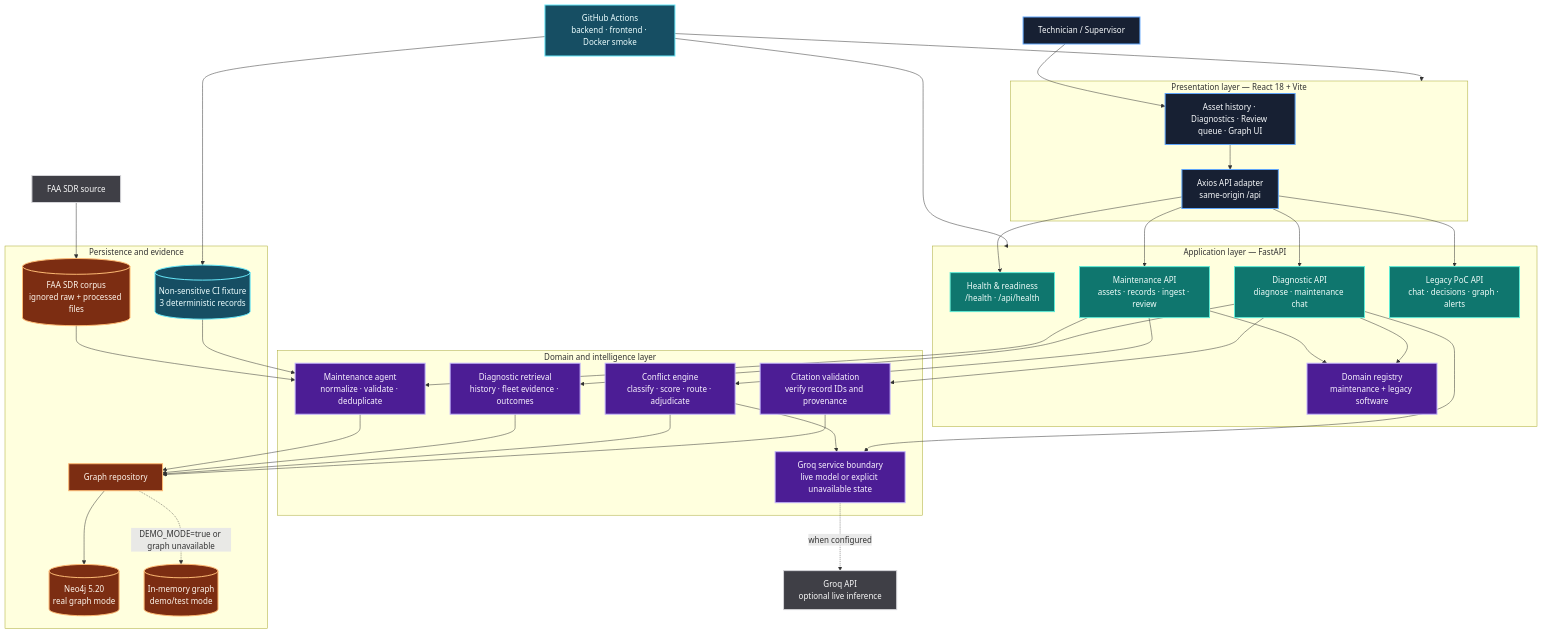
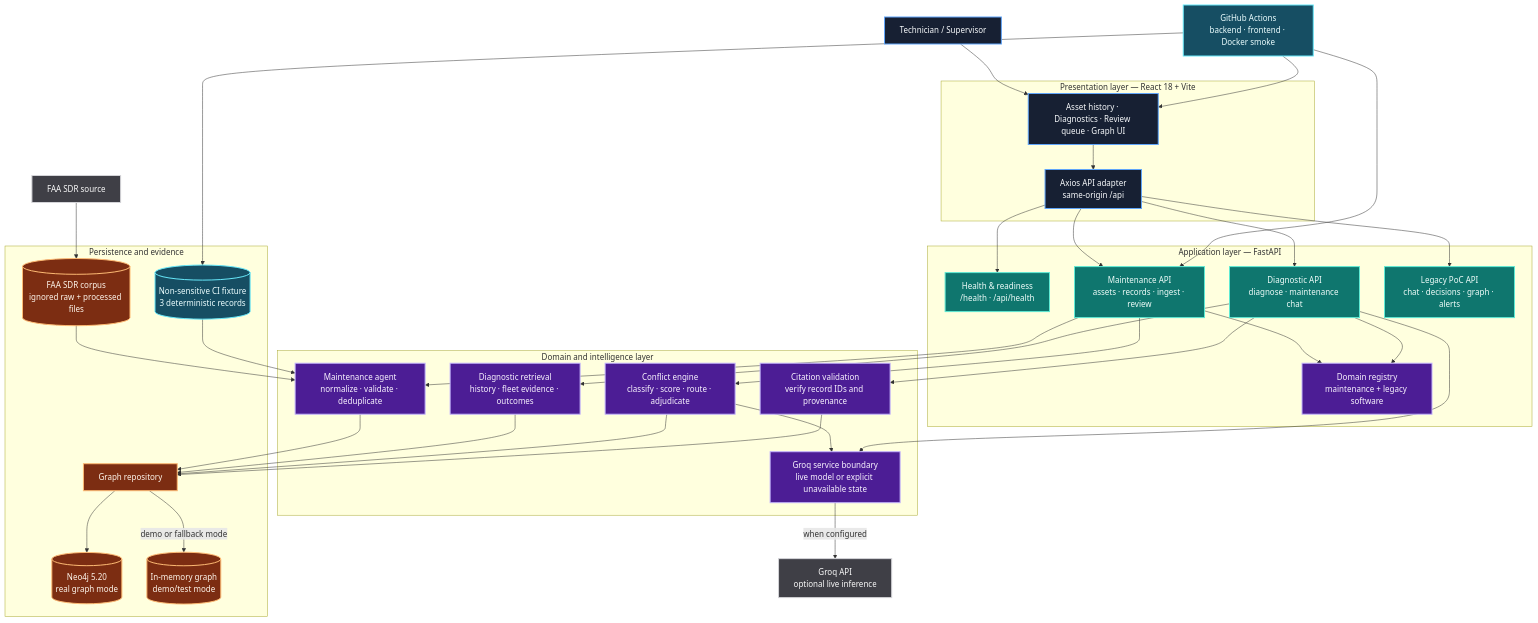
Before and after one commit to umaritics/halite: the first of 3 diagrams in README.md, drawn with Mermaid.

Commit message:
docs: fix GitHub Mermaid architecture rendering

````diff
--- a/README.md
+++ b/README.md
@@ -87,72 +87,72 @@
 ```mermaid
 flowchart TB
     classDef client fill:#172033,stroke:#60a5fa,color:#f8fafc,stroke-width:2px
     classDef api fill:#0f766e,stroke:#5eead4,color:#f0fdfa,stroke-width:2px
     classDef service fill:#4c1d95,stroke:#c4b5fd,color:#faf5ff,stroke-width:2px
     classDef data fill:#7c2d12,stroke:#fdba74,color:#fff7ed,stroke-width:2px
     classDef external fill:#3f3f46,stroke:#d4d4d8,color:#fafafa,stroke-width:2px
     classDef automation fill:#164e63,stroke:#67e8f9,color:#ecfeff,stroke-width:2px
 
     User["Technician / Supervisor"]:::client
 
     subgraph Presentation["Presentation layer — React 18 + Vite"]
         UI["Asset history · Diagnostics · Review queue · Graph UI"]:::client
         Client["Axios API adapter<br/>same-origin /api"]:::client
         UI --> Client
     end
 
     subgraph Application["Application layer — FastAPI"]
         Health["Health & readiness<br/>/health · /api/health"]:::api
         MaintAPI["Maintenance API<br/>assets · records · ingest · review"]:::api
         DiagAPI["Diagnostic API<br/>diagnose · maintenance chat"]:::api
         LegacyAPI["Legacy PoC API<br/>chat · decisions · graph · alerts"]:::api
         Registry["Domain registry<br/>maintenance + legacy software"]:::service
     end
 
     subgraph Intelligence["Domain and intelligence layer"]
         Agent["Maintenance agent<br/>normalize · validate · deduplicate"]:::service
         Retrieval["Diagnostic retrieval<br/>history · fleet evidence · outcomes"]:::service
         Conflict["Conflict engine<br/>classify · score · route · adjudicate"]:::service
         Citation["Citation validation<br/>verify record IDs and provenance"]:::service
         GroqBoundary["Groq service boundary<br/>live model or explicit unavailable state"]:::service
     end
 
     subgraph Persistence["Persistence and evidence"]
         Repo["Graph repository"]:::data
         Neo4j[("Neo4j 5.20<br/>real graph mode")]:::data
         Memory[("In-memory graph<br/>demo/test mode")]:::data
         Corpus[("FAA SDR corpus<br/>ignored raw + processed files")]:::data
         Fixture[("Non-sensitive CI fixture<br/>3 deterministic records")]:::automation
     end
 
     Groq["Groq API<br/>optional live inference"]:::external
     FAA["FAA SDR source"]:::external
     Actions["GitHub Actions<br/>backend · frontend · Docker smoke"]:::automation
 
     User --> UI
     Client --> Health
     Client --> MaintAPI
     Client --> DiagAPI
     Client --> LegacyAPI
     MaintAPI --> Registry
     DiagAPI --> Registry
     MaintAPI --> Agent
     MaintAPI --> Conflict
     DiagAPI --> Retrieval
     DiagAPI --> Citation
     Conflict --> GroqBoundary
     DiagAPI --> GroqBoundary
-    GroqBoundary -. "when configured" .-> Groq
+    GroqBoundary -->|when configured| Groq
     Agent --> Repo
     Retrieval --> Repo
     Conflict --> Repo
     Citation --> Repo
     Repo --> Neo4j
-    Repo -. "DEMO_MODE=true or graph unavailable" .-> Memory
+    Repo -->|demo or fallback mode| Memory
     FAA --> Corpus
     Corpus --> Agent
     Fixture --> Agent
     Actions --> Fixture
-    Actions --> Application
-    Actions --> Presentation
+    Actions --> MaintAPI
+    Actions --> UI
 ```
````
